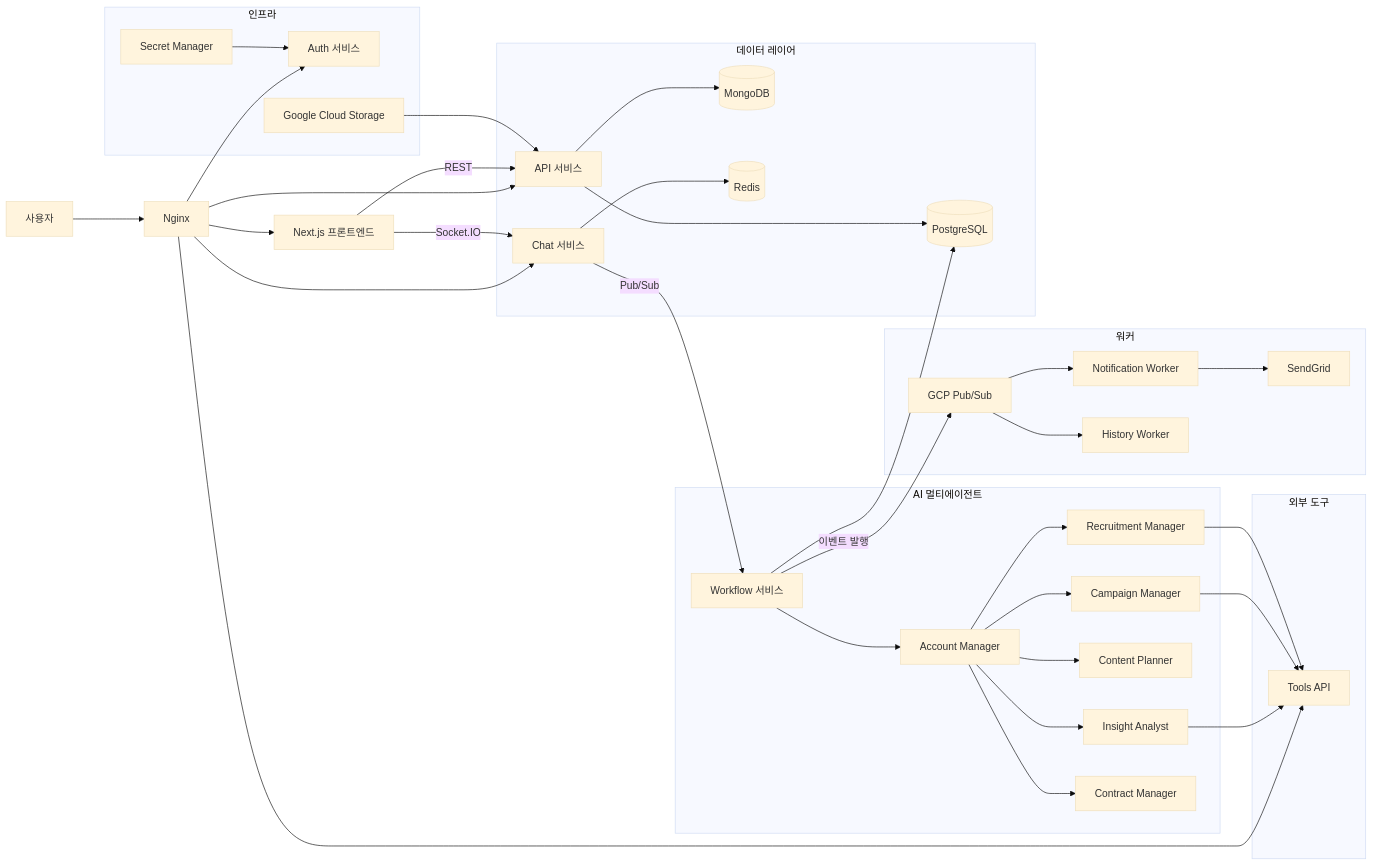
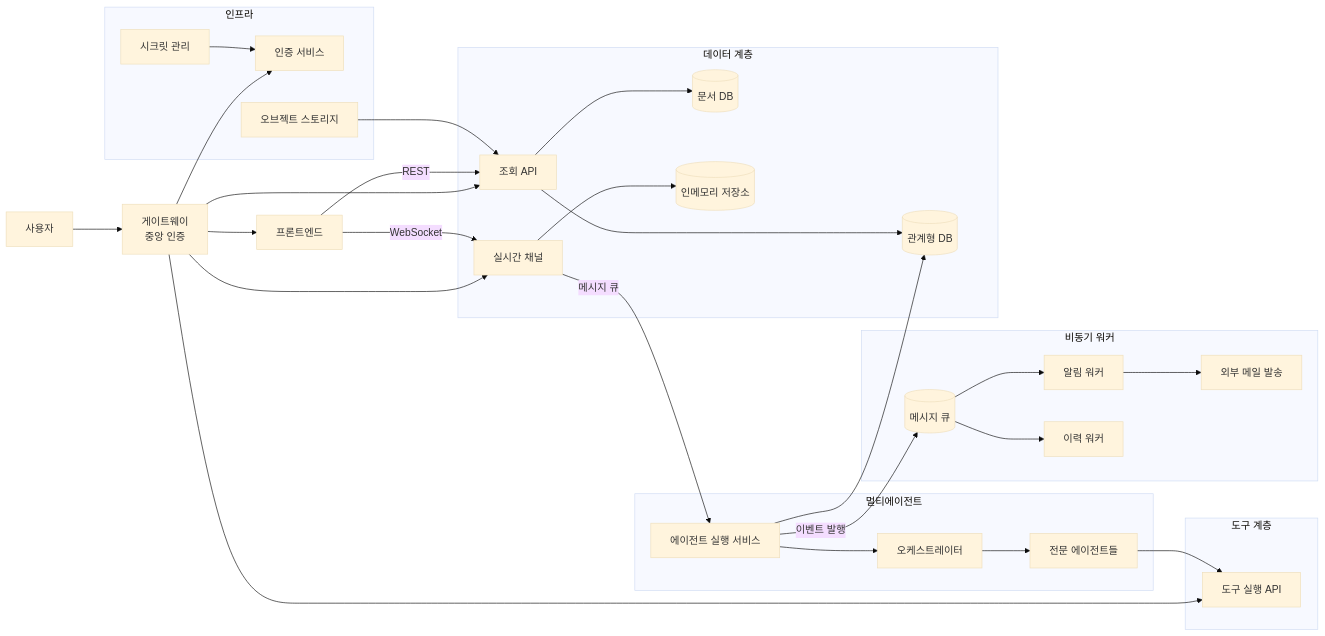
The diagram in data/architectures/projects/kimpro.mmd (genie49/genie-cv), drawn with Mermaid (base theme) before and after one commit. The commit also changed 19 other files, not shown here.

```diff
--- a/data/architectures/projects/kimpro.mmd
+++ b/data/architectures/projects/kimpro.mmd
@@ -1,45 +1,39 @@
 graph LR
-    User[사용자] --> Nginx
-    Nginx --> Frontend[Next.js 프론트엔드]
-    Nginx --> Auth[Auth 서비스]
-    Nginx --> API[API 서비스]
-    Nginx --> Chat[Chat 서비스]
-    Nginx --> Tools[Tools API]
+    User[사용자] --> GW[게이트웨이<br/>중앙 인증]
+    GW --> FE[프론트엔드]
+    GW --> S1[인증 서비스]
+    GW --> S2[조회 API]
+    GW --> S3[실시간 채널]
+    GW --> S4[도구 실행 API]
 
-    Frontend -->|Socket.IO| Chat
-    Frontend -->|REST| API
-    Chat -->|Pub/Sub| Workflow[Workflow 서비스]
+    FE -->|WebSocket| S3
+    FE -->|REST| S2
+    S3 -->|메시지 큐| WF[에이전트 실행 서비스]
 
-    subgraph AI 멀티에이전트
-        Workflow --> AM[Account Manager]
-        AM --> IA[Insight Analyst]
-        AM --> CM[Campaign Manager]
-        AM --> CP[Content Planner]
-        AM --> RM[Recruitment Manager]
-        AM --> CTM[Contract Manager]
+    subgraph 멀티에이전트
+        WF --> ORCH[오케스트레이터]
+        ORCH --> SUBS[전문 에이전트들]
     end
 
-    subgraph 워커
-        PubSub[GCP Pub/Sub] --> NW[Notification Worker]
-        PubSub --> HW[History Worker]
-        Workflow -->|이벤트 발행| PubSub
-        NW --> SendGrid[SendGrid]
+    subgraph 비동기 워커
+        MQ[(메시지 큐)] --> NW[알림 워커]
+        MQ --> HW[이력 워커]
+        WF -->|이벤트 발행| MQ
+        NW --> MAIL[외부 메일 발송]
     end
 
-    subgraph 데이터 레이어
-        API --> MongoDB[(MongoDB)]
-        API --> PostgreSQL[(PostgreSQL)]
-        Workflow --> PostgreSQL
-        Chat --> Redis[(Redis)]
+    subgraph 데이터 계층
+        S2 --> DOC[(문서 DB)]
+        S2 --> REL[(관계형 DB)]
+        WF --> REL
+        S3 --> KV[(인메모리 저장소)]
     end
 
-    subgraph 외부 도구
-        IA --> Tools
-        CM --> Tools
-        RM --> Tools
+    subgraph 도구 계층
+        SUBS --> S4
     end
 
     subgraph 인프라
-        GCS[Google Cloud Storage] --> API
-        GSM[Secret Manager] --> Auth
+        OBJ[오브젝트 스토리지] --> S2
+        SEC[시크릿 관리] --> S1
     end
```
